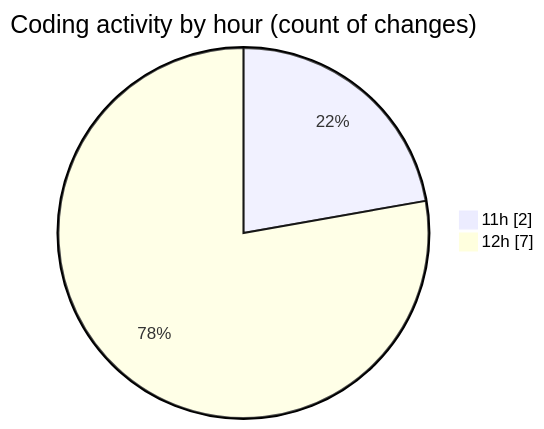
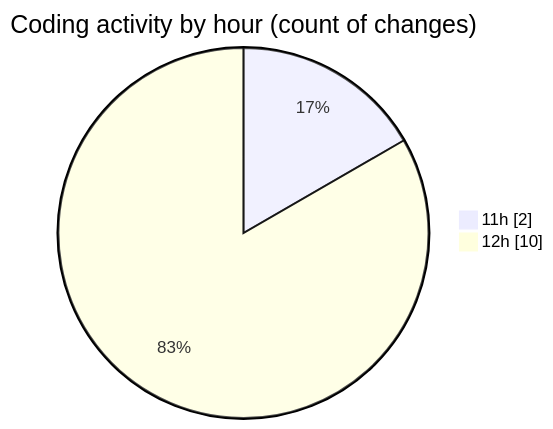
Before and after one commit to NitaiMahat/code-tracking: the second of 2 diagrams in 2025-02-12/oopstartfiles/README.md, drawn with Mermaid. The commit also changed other lines of this file and 1 other file, not shown here.

````diff
--- a/2025-02-12/oopstartfiles/README.md
+++ b/2025-02-12/oopstartfiles/README.md
@@ -29,6 +31,6 @@
 ```mermaid
 pie showData
 title Coding activity by hour (count of changes)
 "11h" : 2
-"12h" : 7
+"12h" : 10
 ```
````
